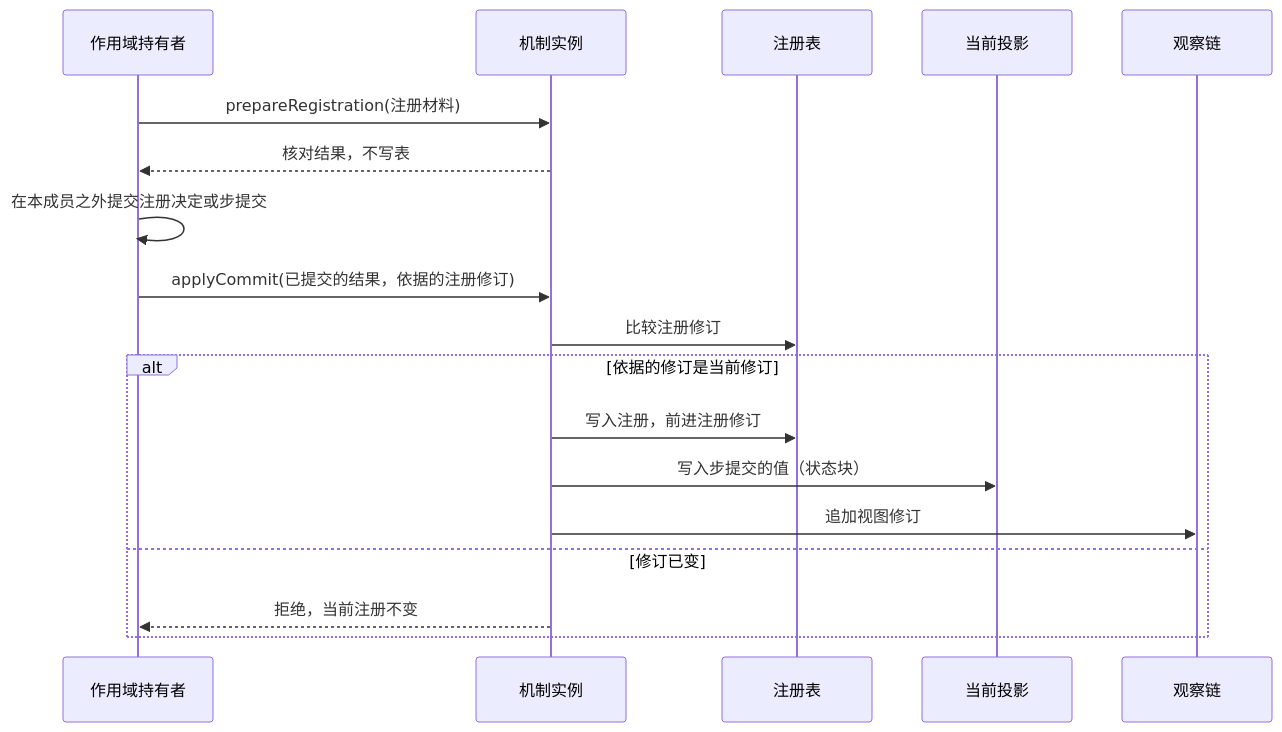
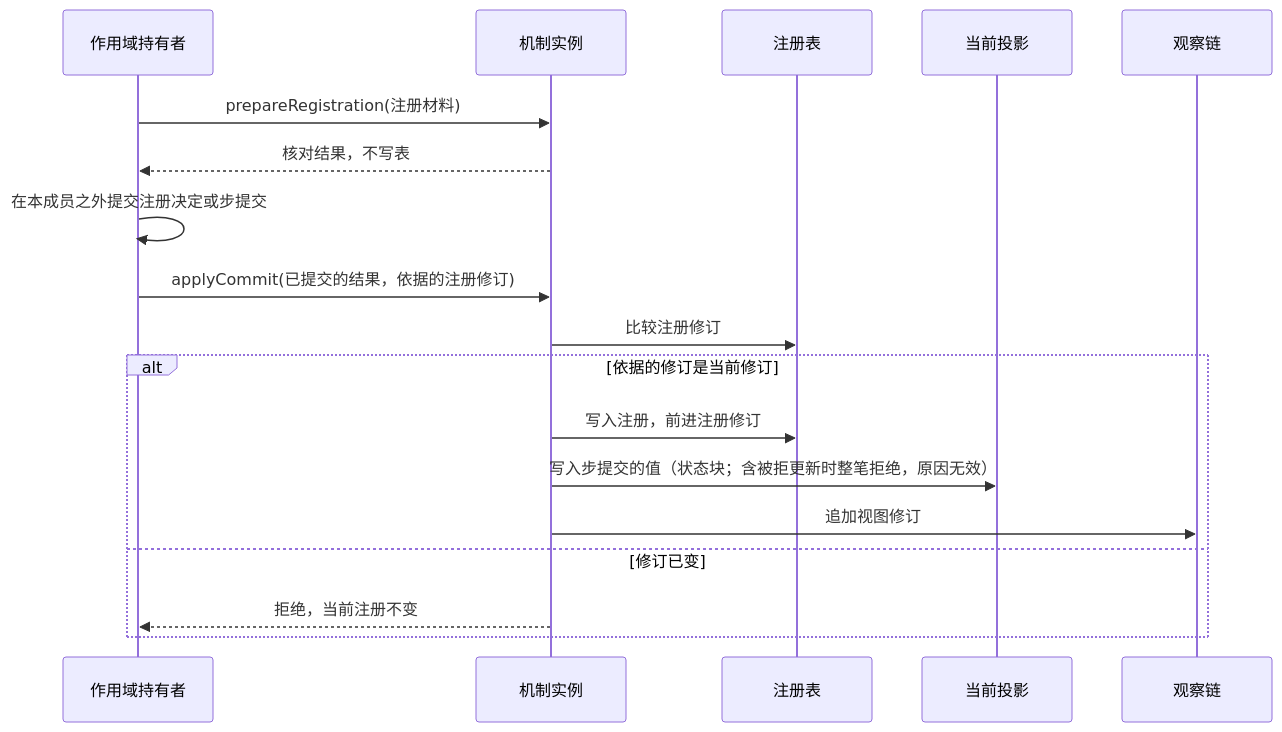
Before and after one commit to nemori-ai/omne-harness-lite: the first of 5 diagrams in packages/context/runtime-context/docs/flows.md, drawn with Mermaid. The commit also changed other lines of this file and 43 other files, not shown here.

````diff
--- a/packages/context/runtime-context/docs/flows.md
+++ b/packages/context/runtime-context/docs/flows.md
@@ -13,20 +13,20 @@
 ```mermaid
 sequenceDiagram
   participant H as 作用域持有者
   participant M as 机制实例
   participant Reg as 注册表
   participant Proj as 当前投影
   participant Obs as 观察链
   H->>M: prepareRegistration(注册材料)
   M-->>H: 核对结果，不写表
   H->>H: 在本成员之外提交注册决定或步提交
   H->>M: applyCommit(已提交的结果，依据的注册修订)
   M->>Reg: 比较注册修订
   alt 依据的修订是当前修订
     M->>Reg: 写入注册，前进注册修订
-    M->>Proj: 写入步提交的值（状态块）
+    M->>Proj: 写入步提交的值（状态块；含被拒更新时整笔拒绝，原因无效）
     M->>Obs: 追加视图修订
   else 修订已变
     M-->>H: 拒绝，当前注册不变
   end
 ```
````
